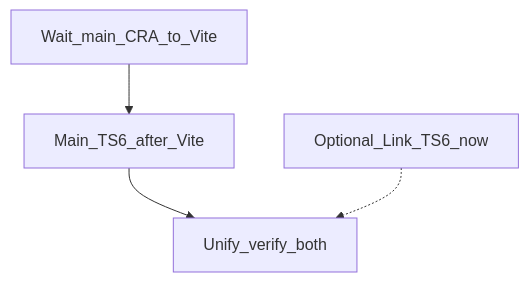
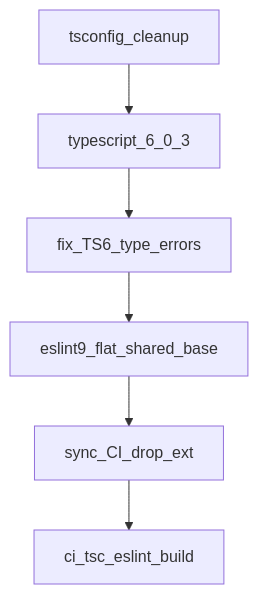
One commit to yaklang/yakit changed the diagram in .cursor/plans/typescript_6_upgrade_d012fae6.plan.md. Above: the diagram before and after it, drawn with Mermaid. The commit also changed other lines of this file and 7 other files, not shown here.

First line of the commit message:
build(renderer-link): 升级 TypeScript 至 6.0 并重构 tsconfig 为 project references

````diff
--- a/.cursor/plans/typescript_6_upgrade_d012fae6.plan.md
+++ b/.cursor/plans/typescript_6_upgrade_d012fae6.plan.md
@@ -94,9 +154,10 @@
 ```mermaid
 flowchart TD
-  waitVite[Wait_main_CRA_to_Vite]
-  optLink[Optional_Link_TS6_now]
-  mainTS[Main_TS6_after_Vite]
-  unify[Unify_verify_both]
-  waitVite --> mainTS --> unify
-  optLink -.-> unify
+  cleanup[tsconfig_cleanup]
+  ts6[typescript_6_0_3]
+  types[fix_TS6_type_errors]
+  eslint[eslint9_flat_shared_base]
+  ci[sync_CI_drop_ext]
+  verify[ci_tsc_eslint_build]
+  cleanup --> ts6 --> types --> eslint --> ci --> verify
 ```
````
